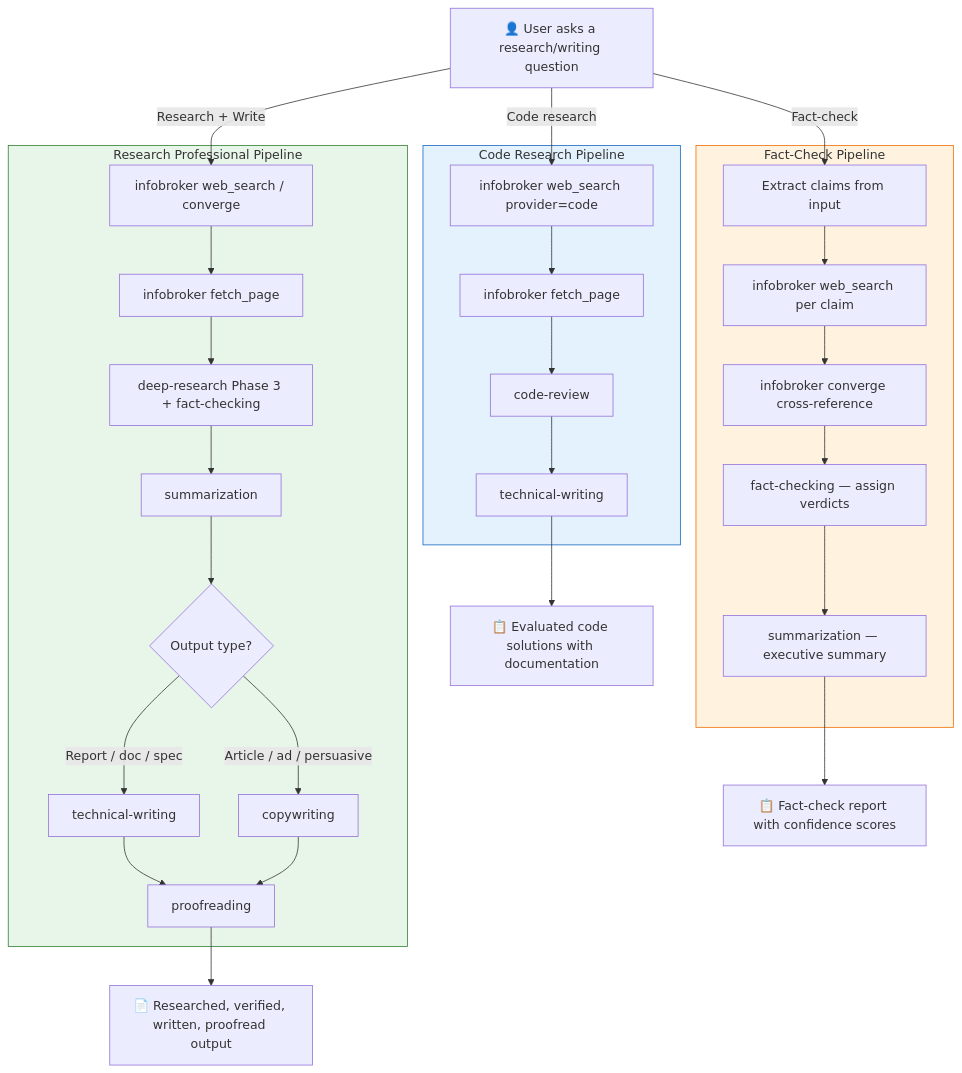
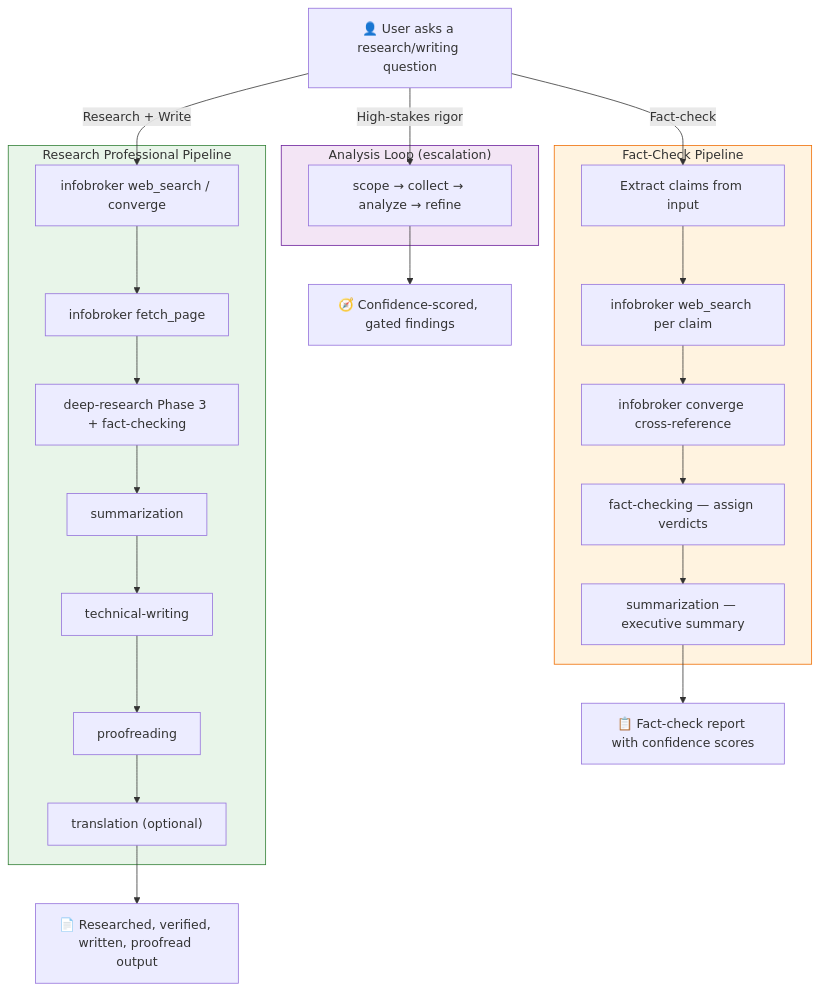
Before and after one commit to flukeatzerocool/infobroker: the diagram in skills/infobroker/references/pipeline-map.md, drawn with Mermaid. The commit also changed other lines of this file and 14 other files, not shown here.

````diff
--- a/skills/infobroker/references/pipeline-map.md
+++ b/skills/infobroker/references/pipeline-map.md
@@ -3,42 +3,38 @@
 ```mermaid
 flowchart TD
     U["👤 User asks a research/writing question"]
 
     U -->|"Research + Write"| RPMain
 
     subgraph RP["Research Professional Pipeline"]
         RPMain["infobroker web_search / converge"] --> Extract["infobroker fetch_page"]
         Extract --> Verify["deep-research Phase 3 + fact-checking"]
         Verify --> Summarize["summarization"]
-        Summarize --> Write{"Output type?"}
-        Write -->|"Report / doc / spec"| Tech["technical-writing"]
-        Write -->|"Article / ad / persuasive"| Copy["copywriting"]
-        Tech --> Polish["proofreading"]
-        Copy --> Polish
+        Summarize --> Write["technical-writing"]
+        Write --> Polish["proofreading"]
+        Polish --> Translate["translation (optional)"]
     end
 
     U -->|"Fact-check"| FCMain
 
     subgraph FC["Fact-Check Pipeline"]
         FCMain["Extract claims from input"] --> FCSearch["infobroker web_search per claim"]
         FCSearch --> FCCC["infobroker converge cross-reference"]
         FCCC --> FCVerdict["fact-checking — assign verdicts"]
         FCVerdict --> FCSum["summarization — executive summary"]
     end
 
-    U -->|"Code research"| CRMain
+    U -->|"High-stakes rigor"| ALMain
 
-    subgraph CR["Code Research Pipeline"]
-        CRMain["infobroker web_search provider=code"] --> CRFetch["infobroker fetch_page"]
-        CRFetch --> CREval["code-review"]
-        CREval --> CRDoc["technical-writing"]
+    subgraph AL["Analysis Loop (escalation)"]
+        ALMain["scope → collect → analyze → refine"]
     end
 
-    Polish --> Output["📄 Researched, verified, written, proofread output"]
+    Translate --> Output["📄 Researched, verified, written, proofread output"]
     FCSum --> Output2["📋 Fact-check report with confidence scores"]
-    CRDoc --> Output3["📋 Evaluated code solutions with documentation"]
+    ALMain --> Output3["🧭 Confidence-scored, gated findings"]
 
     style RP fill:#e8f5e9,stroke:#2e7d32
     style FC fill:#fff3e0,stroke:#ef6c00
-    style CR fill:#e3f2fd,stroke:#1565c0
+    style AL fill:#f3e5f5,stroke:#6a1b9a
 ```
````
